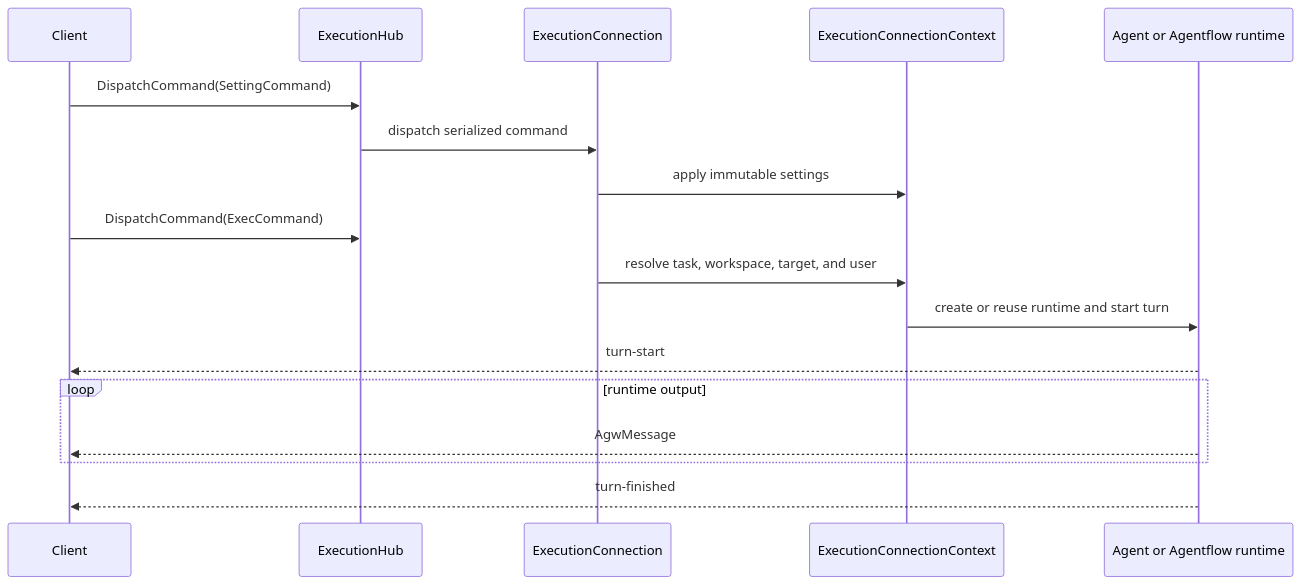
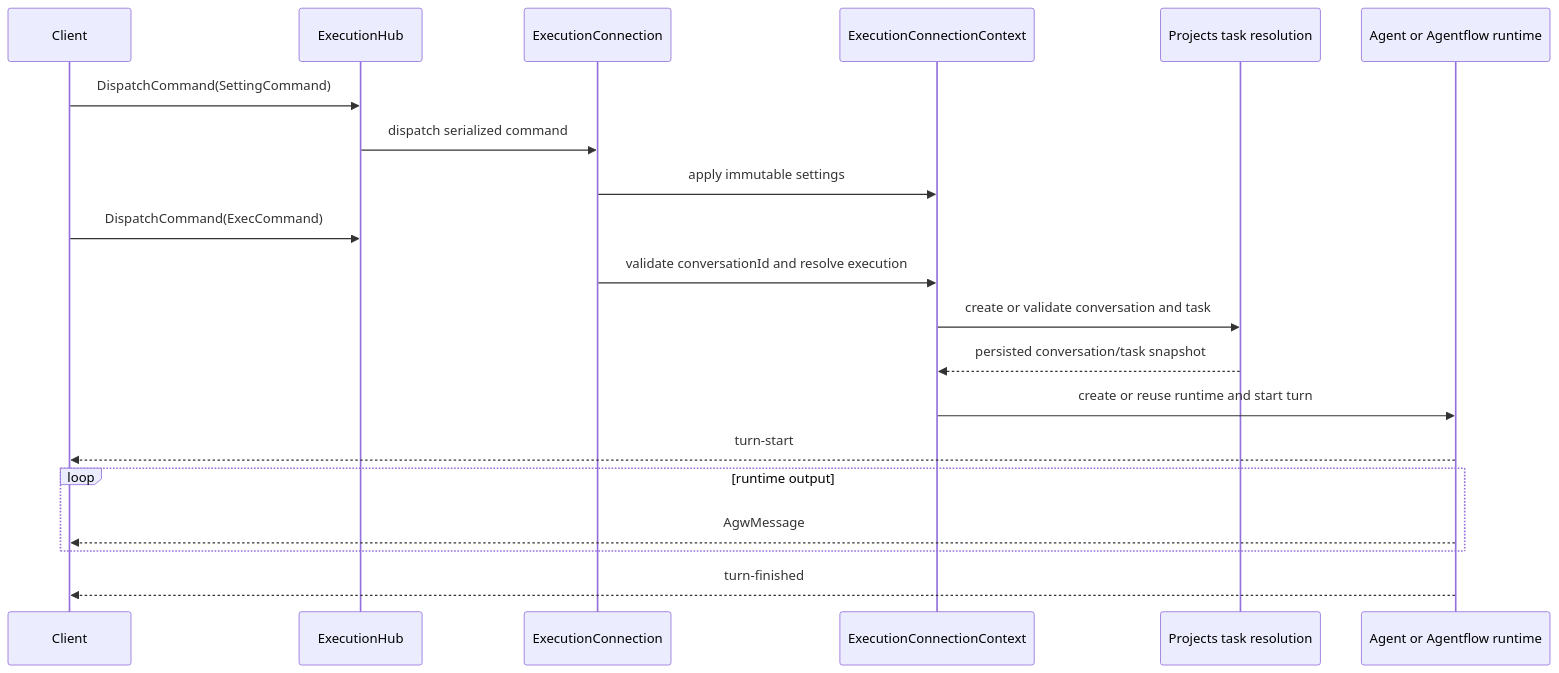
One commit to zxyao145/agw changed the diagram in docs/ws-flow.md. Above: the diagram before and after it, drawn with Mermaid. The commit also changed other lines of this file and 39 other files, not shown here.

First line of the commit message:
fix(execution): create conversations by id before runtime

````diff
--- a/docs/ws-flow.md
+++ b/docs/ws-flow.md
@@ -49,20 +53,23 @@
 ```mermaid
 sequenceDiagram
     participant Client
     participant Hub as ExecutionHub
     participant Connection as ExecutionConnection
     participant Context as ExecutionConnectionContext
+    participant Projects as Projects task resolution
     participant Runtime as Agent or Agentflow runtime
 
     Client->>Hub: DispatchCommand(SettingCommand)
     Hub->>Connection: dispatch serialized command
     Connection->>Context: apply immutable settings
     Client->>Hub: DispatchCommand(ExecCommand)
-    Connection->>Context: resolve task, workspace, target, and user
+    Connection->>Context: validate conversationId and resolve execution
+    Context->>Projects: create or validate conversation and task
+    Projects-->>Context: persisted conversation/task snapshot
     Context->>Runtime: create or reuse runtime and start turn
     Runtime-->>Client: turn-start
     loop runtime output
         Runtime-->>Client: AgwMessage
     end
     Runtime-->>Client: turn-finished
 ```
````
